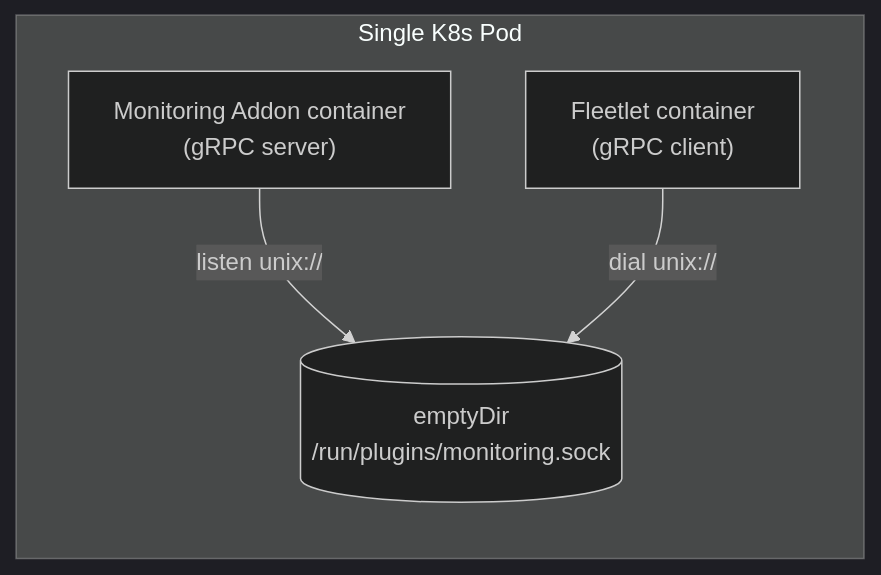
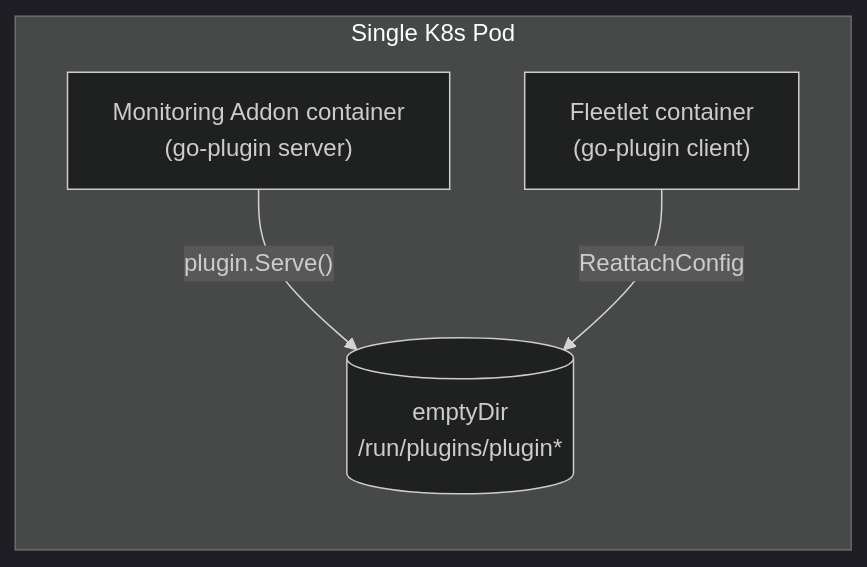
The first of 6 diagrams in addons/README.md (fleetshift/fleetshift-poc), drawn with Mermaid (dark theme) before and after one commit. The commit also changed other lines of this file, not shown here.

First line of the commit message:
docs(OME-33): update README for go-plugin on both platform and cluster sides

````diff
--- a/addons/README.md
+++ b/addons/README.md
@@ -55,11 +30,11 @@
 ```mermaid
 graph LR
     subgraph pod["Single K8s Pod"]
-        fleetlet["Fleetlet container<br/>(gRPC client)"]
-        addon["Monitoring Addon container<br/>(gRPC server)"]
-        vol[("emptyDir<br/>/run/plugins/monitoring.sock")]
+        fleetlet["Fleetlet container<br/>(go-plugin client)"]
+        addon["Monitoring Addon container<br/>(go-plugin server)"]
+        vol[("emptyDir<br/>/run/plugins/plugin*")]
 
-        addon -->|"listen unix://"| vol
-        fleetlet -->|"dial unix://"| vol
+        addon -->|"plugin.Serve()"| vol
+        fleetlet -->|"ReattachConfig"| vol
     end
 ```
````
